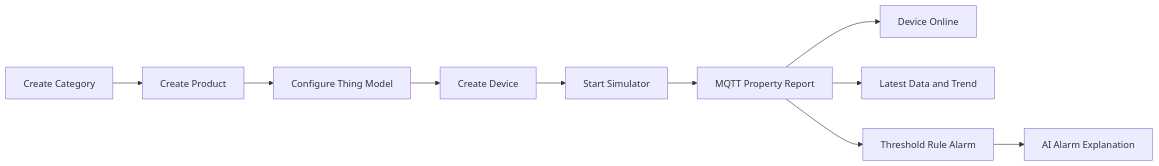
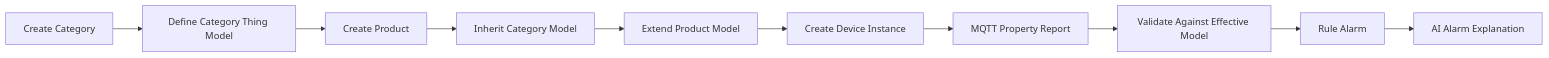
One commit to JunYIChen12/JunYIChen12-iot-agent-demo changed the second of 2 diagrams in docs/architecture.md. Above: the diagram before and after it, drawn with Mermaid. The commit also changed other lines of this file and 11 other files, not shown here.

Commit message:
feat: model category thing inheritance

````diff
--- a/docs/architecture.md
+++ b/docs/architecture.md
@@ -45,12 +46,12 @@
 ```mermaid
 flowchart LR
-    A["Create Category"] --> B["Create Product"]
-    B --> C["Configure Thing Model"]
-    C --> D["Create Device"]
-    D --> E["Start Simulator"]
-    E --> F["MQTT Property Report"]
-    F --> G["Device Online"]
-    F --> H["Latest Data and Trend"]
-    F --> I["Threshold Rule Alarm"]
+    A["Create Category"] --> B["Define Category Thing Model"]
+    B --> C["Create Product"]
+    C --> D["Inherit Category Model"]
+    D --> E["Extend Product Model"]
+    E --> F["Create Device Instance"]
+    F --> G["MQTT Property Report"]
+    G --> H["Validate Against Effective Model"]
+    H --> I["Rule Alarm"]
     I --> J["AI Alarm Explanation"]
 ```
````
